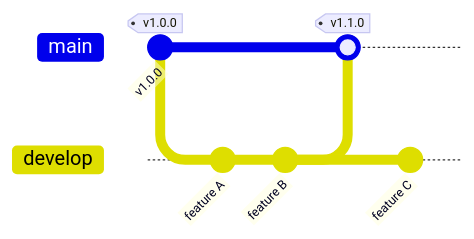
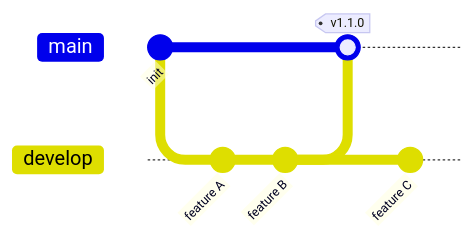
The second of 3 diagrams in README.md (rm-farma/pharma-hub), drawn with Mermaid before and after one commit. The commit also changed other lines of this file, not shown here.

````diff
--- a/README.md
+++ b/README.md
@@ -194,12 +194,12 @@
 ```mermaid
 gitGraph
-    commit id: "v1.0.0" tag: "v1.0.0"
+    commit id: "init"
     branch develop
     checkout develop
     commit id: "feature A"
     commit id: "feature B"
     checkout main
     merge develop tag: "v1.1.0"
     checkout develop
     commit id: "feature C"
 ```
````
